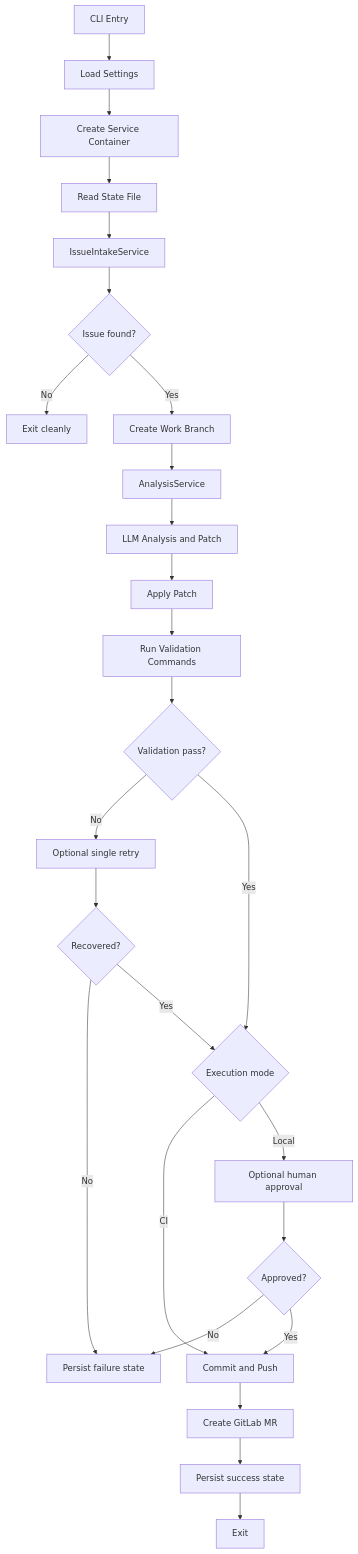
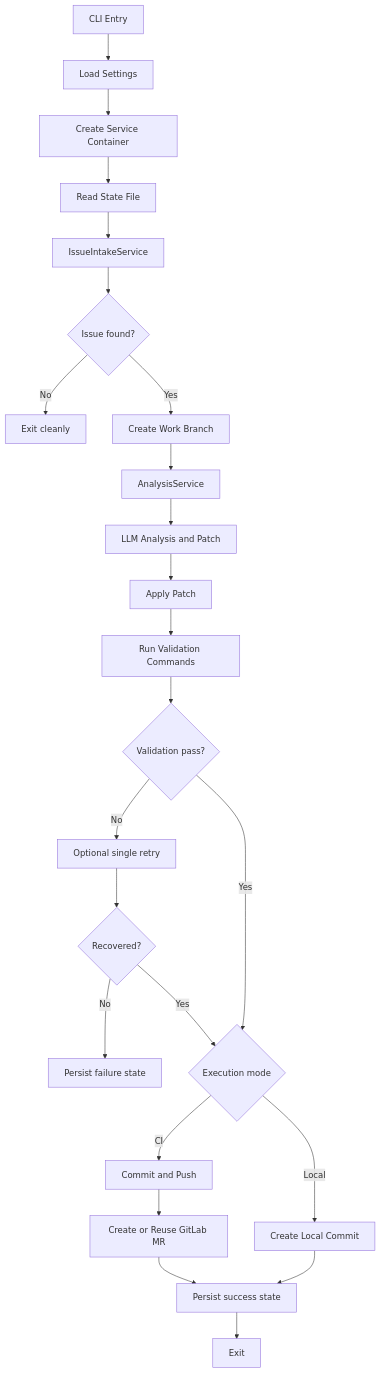
One commit to JustinMelger/ZeroOne-ops changed the first of 2 diagrams in docs/technical-design.md. Above: the diagram before and after it, drawn with Mermaid. The commit also changed other lines of this file and 3 other files, not shown here.

Commit message:
docs: update roadmap + design

````diff
--- a/docs/technical-design.md
+++ b/docs/technical-design.md
@@ -121,28 +124,26 @@
 ```mermaid
 flowchart TD
     A[CLI Entry] --> B[Load Settings]
     B --> C[Create Service Container]
     C --> D[Read State File]
     D --> E[IssueIntakeService]
     E --> F{Issue found?}
     F -- No --> H[Exit cleanly]
     F -- Yes --> I[Create Work Branch]
     I --> J[AnalysisService]
     J --> K[LLM Analysis and Patch]
     K --> L[Apply Patch]
     L --> M[Run Validation Commands]
     M --> N{Validation pass?}
     N -- No --> O[Optional single retry]
     O --> P{Recovered?}
     P -- No --> Q[Persist failure state]
     N -- Yes --> R{Execution mode}
     P -- Yes --> R
     R -- CI --> U[Commit and Push]
-    R -- Local --> S[Optional human approval]
-    S --> T{Approved?}
-    T -- No --> Q
-    T -- Yes --> U
-    U --> V[Create GitLab MR]
-    V --> W[Persist success state]
-    W --> X[Exit]
+    R -- Local --> V[Create Local Commit]
+    U --> W[Create or Reuse GitLab MR]
+    V --> X[Persist success state]
+    W --> X
+    X --> Y[Exit]
 ```
````
